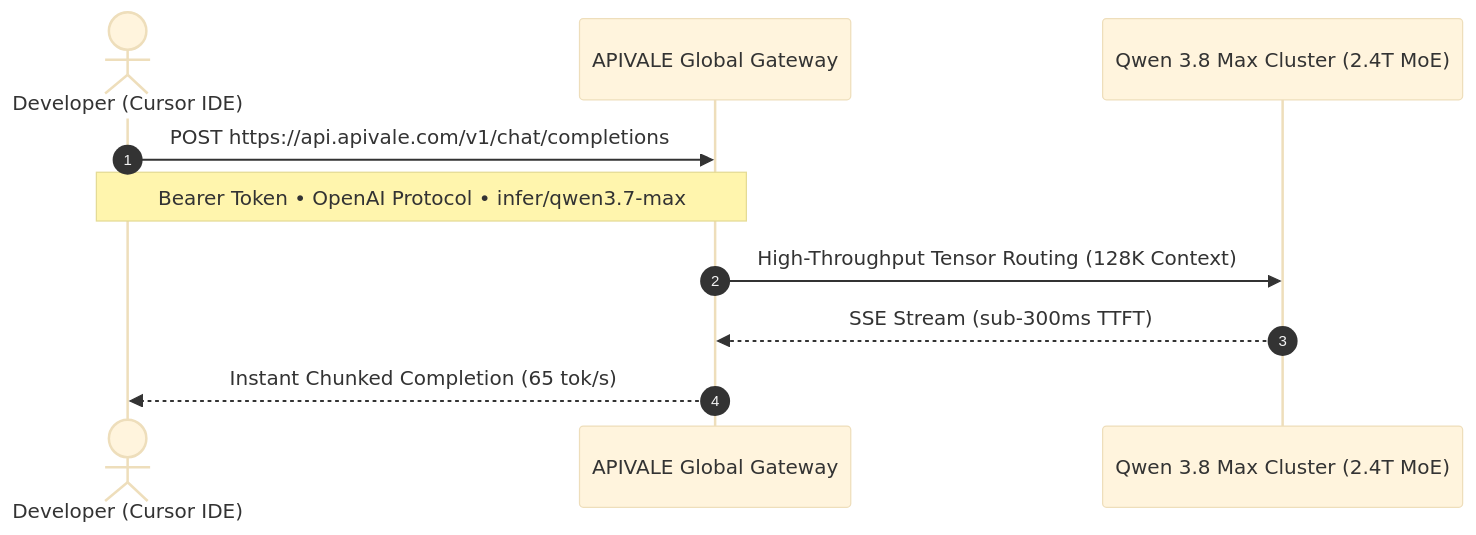
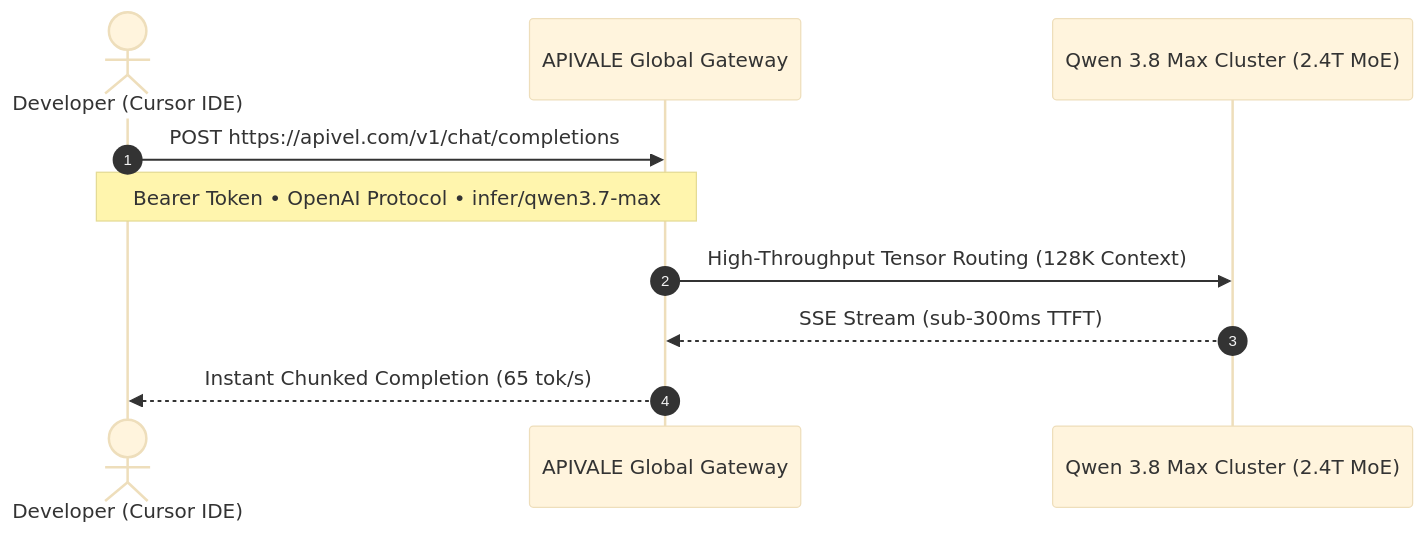
One commit to bshx2024/apivel_blog changed the second of 2 diagrams in src/content/blog/qwen-3-8-27b-gguf-benchmarks-ollama-vs-api-guide.md. Above: the diagram before and after it, drawn with Mermaid (base theme). The commit also changed other lines of this file and 77 other files, not shown here.

Commit message:
fix(docs): update all model API base URLs to https://apivel.com/v1

````diff
--- a/src/content/blog/qwen-3-8-27b-gguf-benchmarks-ollama-vs-api-guide.md
+++ b/src/content/blog/qwen-3-8-27b-gguf-benchmarks-ollama-vs-api-guide.md
@@ -222,13 +222,13 @@
 ```mermaid
 sequenceDiagram
     autonumber
     actor Dev as Developer (Cursor IDE)
     participant Edge as APIVALE Global Gateway
     participant Engine as Qwen 3.8 Max Cluster (2.4T MoE)
     
-    Dev->>Edge: POST https://api.apivale.com/v1/chat/completions
+    Dev->>Edge: POST https://apivel.com/v1/chat/completions
     Note over Dev,Edge: Bearer Token • OpenAI Protocol • infer/qwen3.7-max
     Edge->>Engine: High-Throughput Tensor Routing (128K Context)
     Engine-->>Edge: SSE Stream (sub-300ms TTFT)
     Edge-->>Dev: Instant Chunked Completion (65 tok/s)
 ```
````
